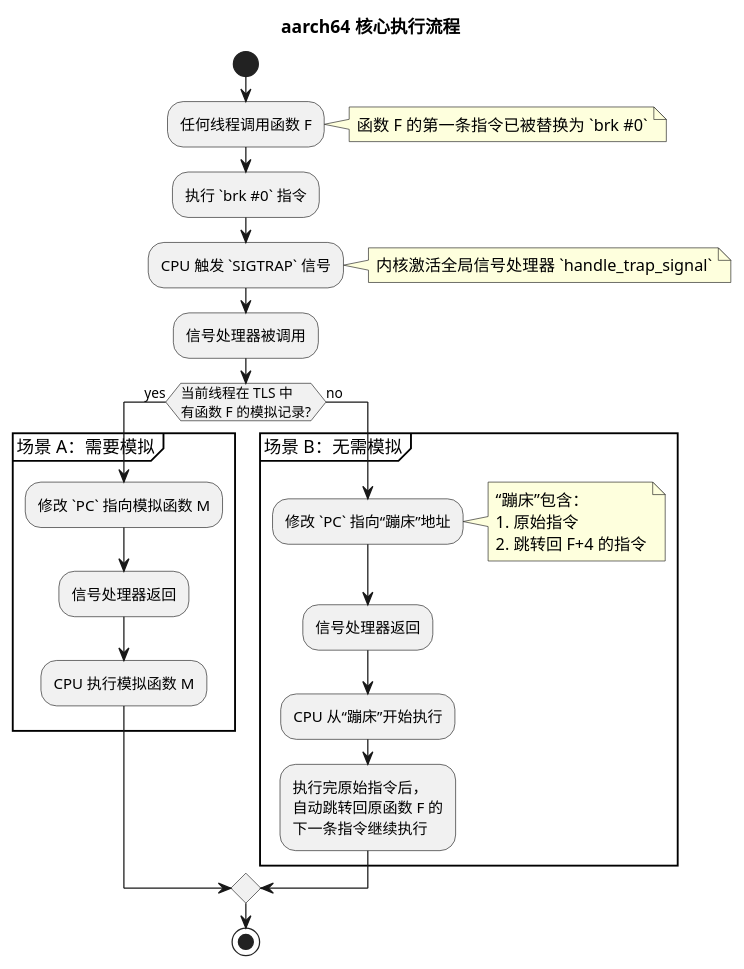
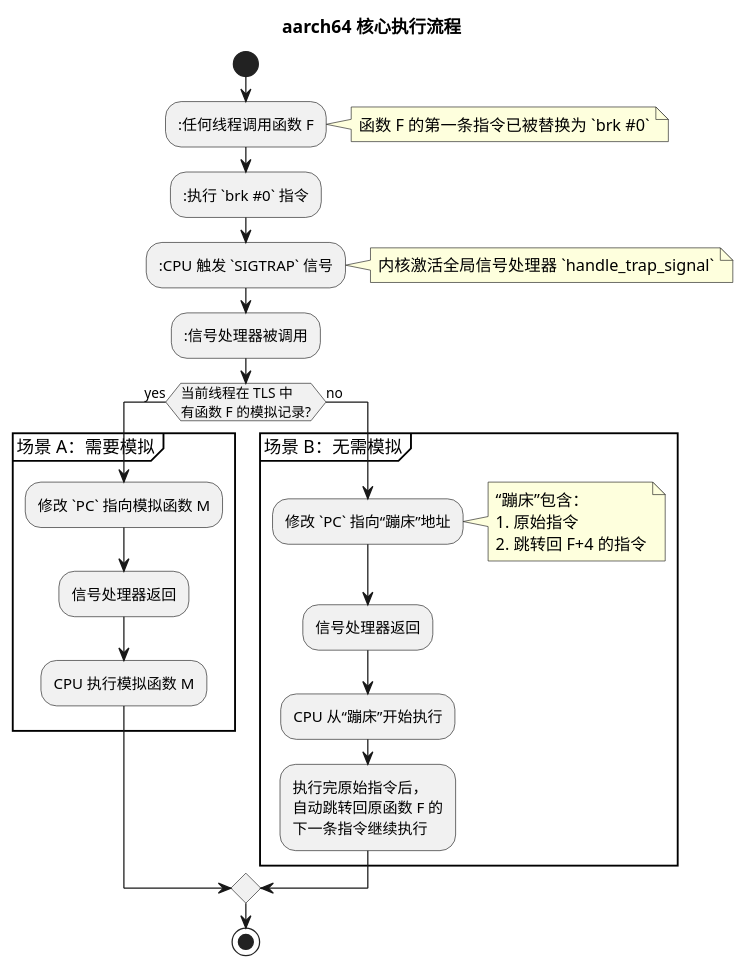
Before and after one commit to skyfireitdiy/mockrs: the fifth of 6 diagrams in doc/方案介绍-mockrs-超越Trait的自由函数模拟与线程安全.md, drawn with PlantUML. The commit also changed other lines of this file, not shown here.

````diff
--- a/doc/方案介绍-mockrs-超越Trait的自由函数模拟与线程安全.md
+++ b/doc/方案介绍-mockrs-超越Trait的自由函数模拟与线程安全.md
@@ -412,32 +414,32 @@
 ```plantuml
 @startuml
 title aarch64 核心执行流程
 
 start
-:任何线程调用函数 F;
+::任何线程调用函数 F;
 note right: 函数 F 的第一条指令已被替换为 `brk #0`
 
-:执行 `brk #0` 指令;
-:CPU 触发 `SIGTRAP` 信号;
+::执行 `brk #0` 指令;
+::CPU 触发 `SIGTRAP` 信号;
 note right: 内核激活全局信号处理器 `handle_trap_signal`
 
-:信号处理器被调用;
+::信号处理器被调用;
 if (当前线程在 TLS 中\n有函数 F 的模拟记录?) then (yes)
   partition "场景 A：需要模拟" {
     :修改 `PC` 指向模拟函数 M;
     :信号处理器返回;
     :CPU 执行模拟函数 M;
   }
 else (no)
   partition "场景 B：无需模拟" {
     :修改 `PC` 指向“蹦床”地址;
     note right: “蹦床”包含：\n1. 原始指令\n2. 跳转回 F+4 的指令
     :信号处理器返回;
     :CPU 从“蹦床”开始执行;
     :执行完原始指令后，\n自动跳转回原函数 F 的\n下一条指令继续执行;
   }
 endif
 stop
 
 @enduml
 ```
````
